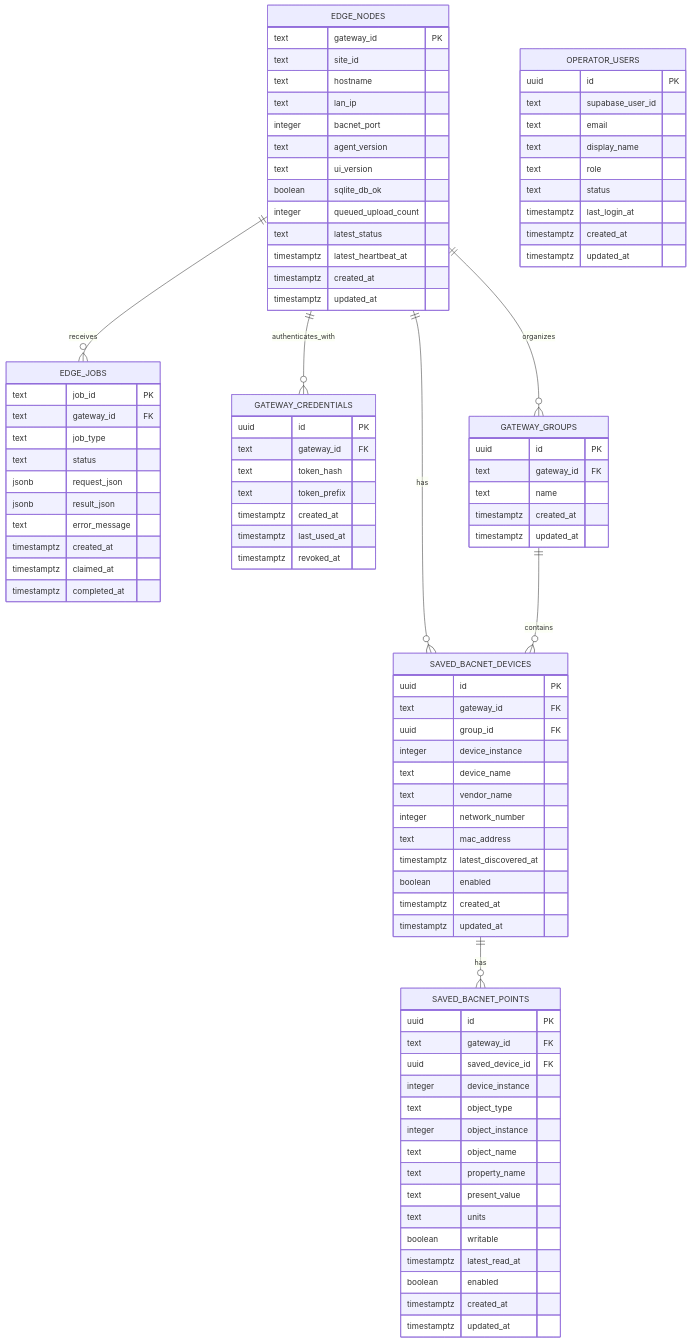
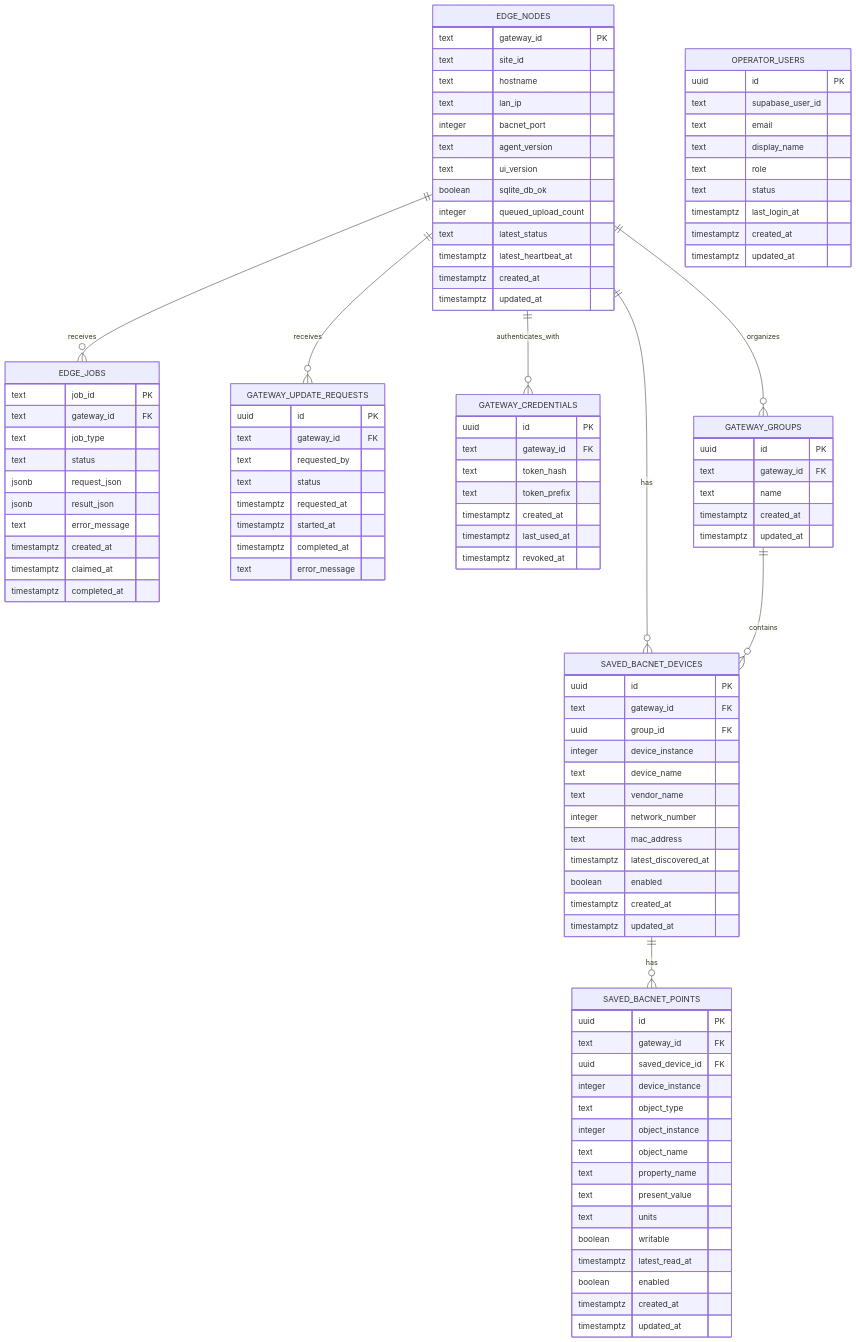
One commit to ssmithiot/iot-cloud-commissioning changed the first of 2 diagrams in docs/ERD.md. Above: the diagram before and after it, drawn with Mermaid. The commit also changed other lines of this file and 9 other files, not shown here.

Commit message:
Queue gateway edge application updates

````diff
--- a/docs/ERD.md
+++ b/docs/ERD.md
@@ -54,6 +54,7 @@
 ```mermaid
 erDiagram
     EDGE_NODES ||--o{ EDGE_JOBS : receives
+    EDGE_NODES ||--o{ GATEWAY_UPDATE_REQUESTS : receives
     EDGE_NODES ||--o{ GATEWAY_CREDENTIALS : authenticates_with
     EDGE_NODES ||--o{ GATEWAY_GROUPS : organizes
     EDGE_NODES ||--o{ SAVED_BACNET_DEVICES : has
@@ -97,6 +98,17 @@
         timestamptz created_at
         timestamptz claimed_at
         timestamptz completed_at
+    }
+
+    GATEWAY_UPDATE_REQUESTS {
+        uuid id PK
+        text gateway_id FK
+        text requested_by
+        text status
+        timestamptz requested_at
+        timestamptz started_at
+        timestamptz completed_at
+        text error_message
     }
 
     OPERATOR_USERS {
````
